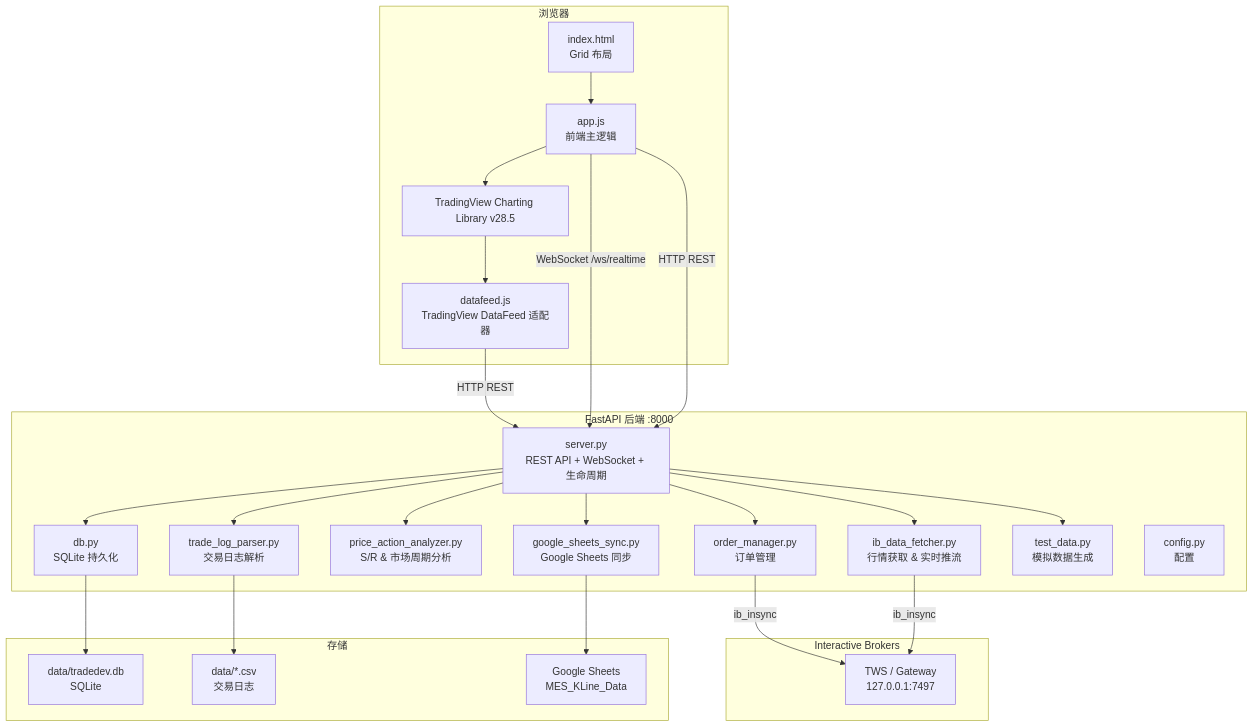
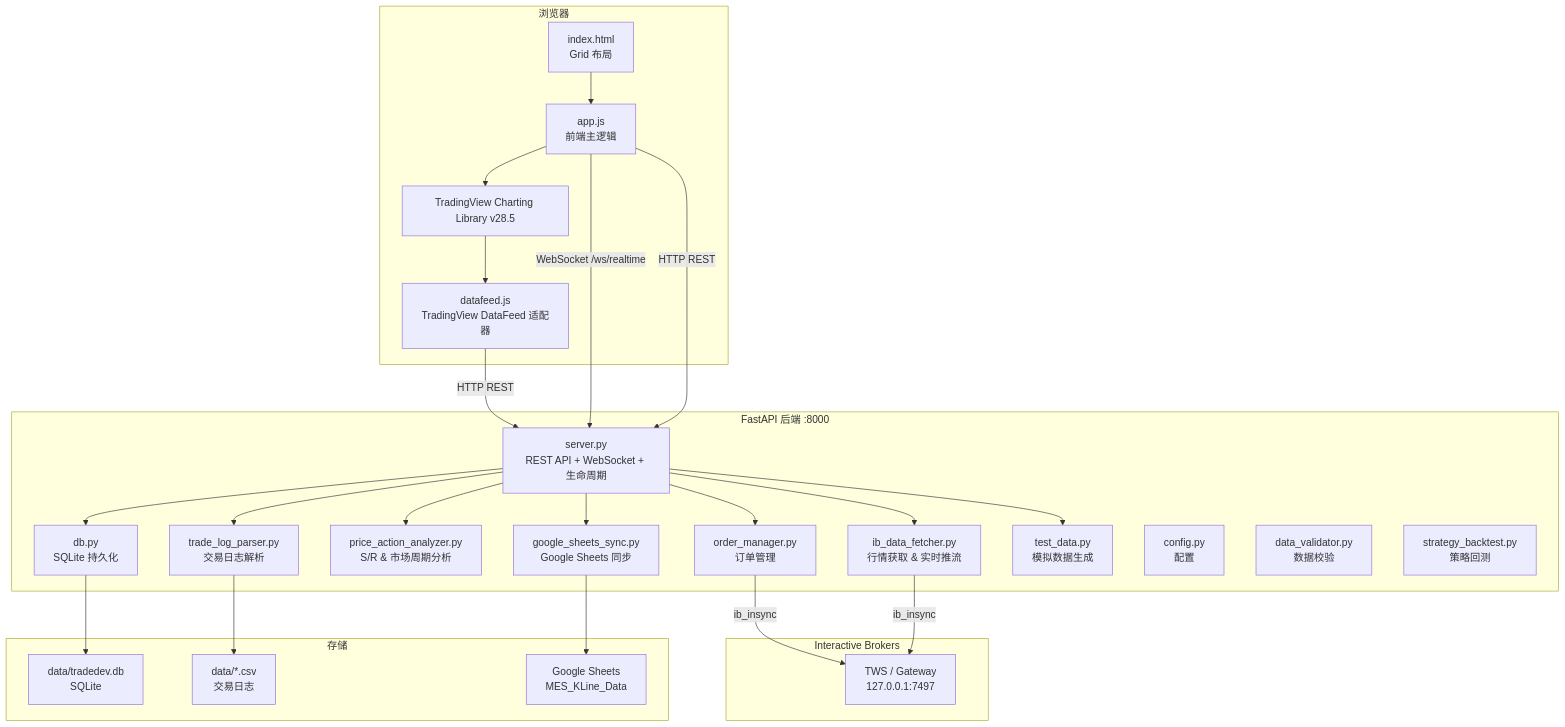
The first of 7 diagrams in priceaction/README.md (ditto0907/TradeDev), drawn with Mermaid before and after one commit. The commit also changed other lines of this file, not shown here.

First line of the commit message:
docs: update README with Strategy, Data Validation, Trade History features

````diff
--- a/priceaction/README.md
+++ b/priceaction/README.md
@@ -9,52 +9,54 @@
 ```mermaid
 graph TB
     subgraph Browser["浏览器"]
         UI["index.html<br/>Grid 布局"]
         APP["app.js<br/>前端主逻辑"]
         DF["datafeed.js<br/>TradingView DataFeed 适配器"]
         TV["TradingView Charting Library v28.5"]
     end
 
     subgraph Backend["FastAPI 后端 :8000"]
         SRV["server.py<br/>REST API + WebSocket + 生命周期"]
         OM["order_manager.py<br/>订单管理"]
         IDF["ib_data_fetcher.py<br/>行情获取 & 实时推流"]
         PA["price_action_analyzer.py<br/>S/R & 市场周期分析"]
         DB["db.py<br/>SQLite 持久化"]
         GS["google_sheets_sync.py<br/>Google Sheets 同步"]
         TLP["trade_log_parser.py<br/>交易日志解析"]
         TD["test_data.py<br/>模拟数据生成"]
         CFG["config.py<br/>配置"]
+        DV2["data_validator.py<br/>数据校验"]
+        SB2["strategy_backtest.py<br/>策略回测"]
     end
 
     subgraph IB["Interactive Brokers"]
         TWS["TWS / Gateway<br/>127.0.0.1:7497"]
     end
 
     subgraph Storage["存储"]
         SQLite["data/tradedev.db<br/>SQLite"]
         CSV["data/*.csv<br/>交易日志"]
         GSHEET["Google Sheets<br/>MES_KLine_Data"]
     end
 
     UI --> APP
     APP --> TV
     TV --> DF
     DF -->|"HTTP REST"| SRV
     APP -->|"WebSocket /ws/realtime"| SRV
     APP -->|"HTTP REST"| SRV
 
     SRV --> OM
     SRV --> IDF
     SRV --> PA
     SRV --> DB
     SRV --> GS
     SRV --> TLP
     SRV --> TD
 
     OM -->|"ib_insync"| TWS
     IDF -->|"ib_insync"| TWS
     DB --> SQLite
     TLP --> CSV
     GS --> GSHEET
 ```
````
